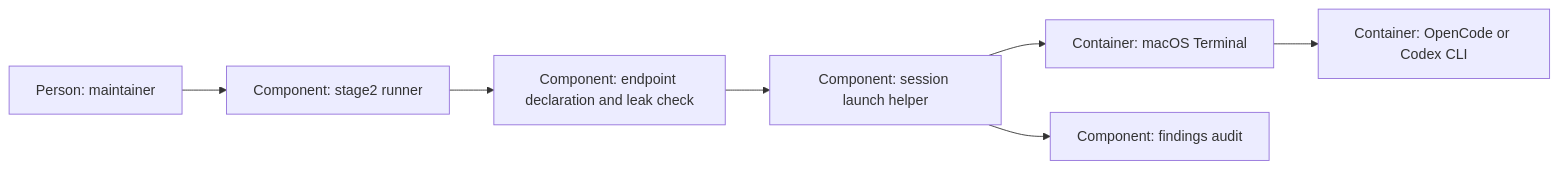
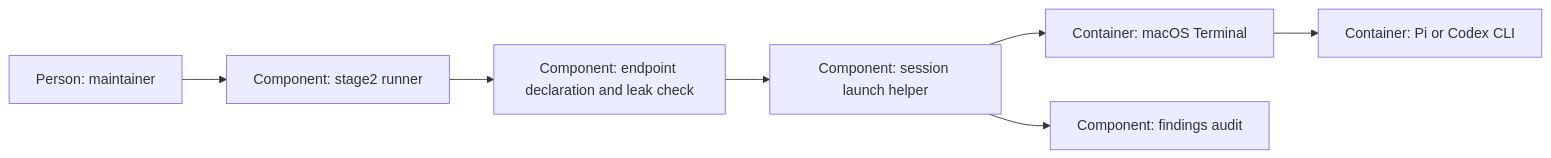
Before and after one commit to bicycle-brakes/monotrope: the diagram in plans/changes/stage2-session/design.md, drawn with Mermaid. The commit also changed other lines of this file and 6 other files, not shown here.

First line of the commit message:
docs(stage2-session): re-point the session verb's artefacts from OpenCode to Pi

````diff
--- a/plans/changes/stage2-session/design.md
+++ b/plans/changes/stage2-session/design.md
@@ -89,9 +109,9 @@
 ```mermaid
 flowchart LR
     person["Person: maintainer"] --> runner["Component: stage2 runner"]
     runner --> check["Component: endpoint declaration and leak check"]
     check --> dispatch["Component: session launch helper"]
     dispatch --> terminal["Container: macOS Terminal"]
-    terminal --> cli["Container: OpenCode or Codex CLI"]
+    terminal --> cli["Container: Pi or Codex CLI"]
     dispatch --> audit["Component: findings audit"]
 ```
````
